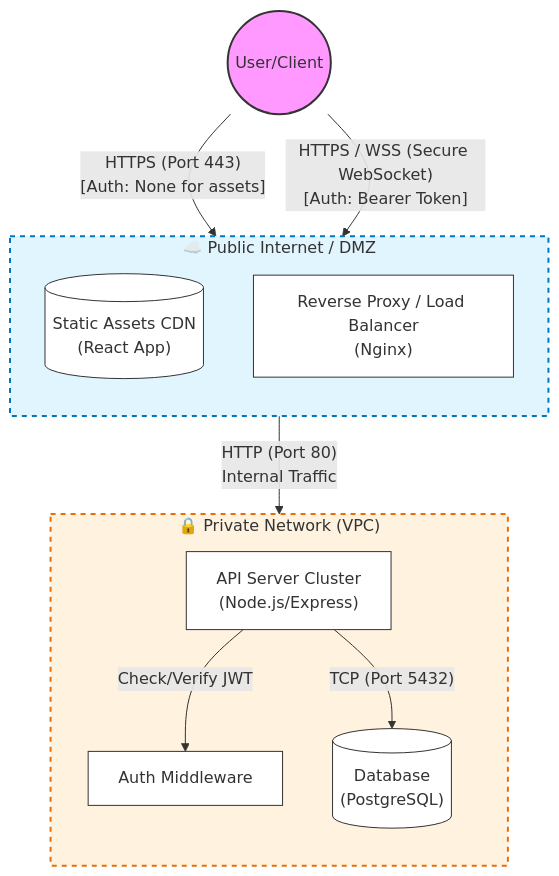
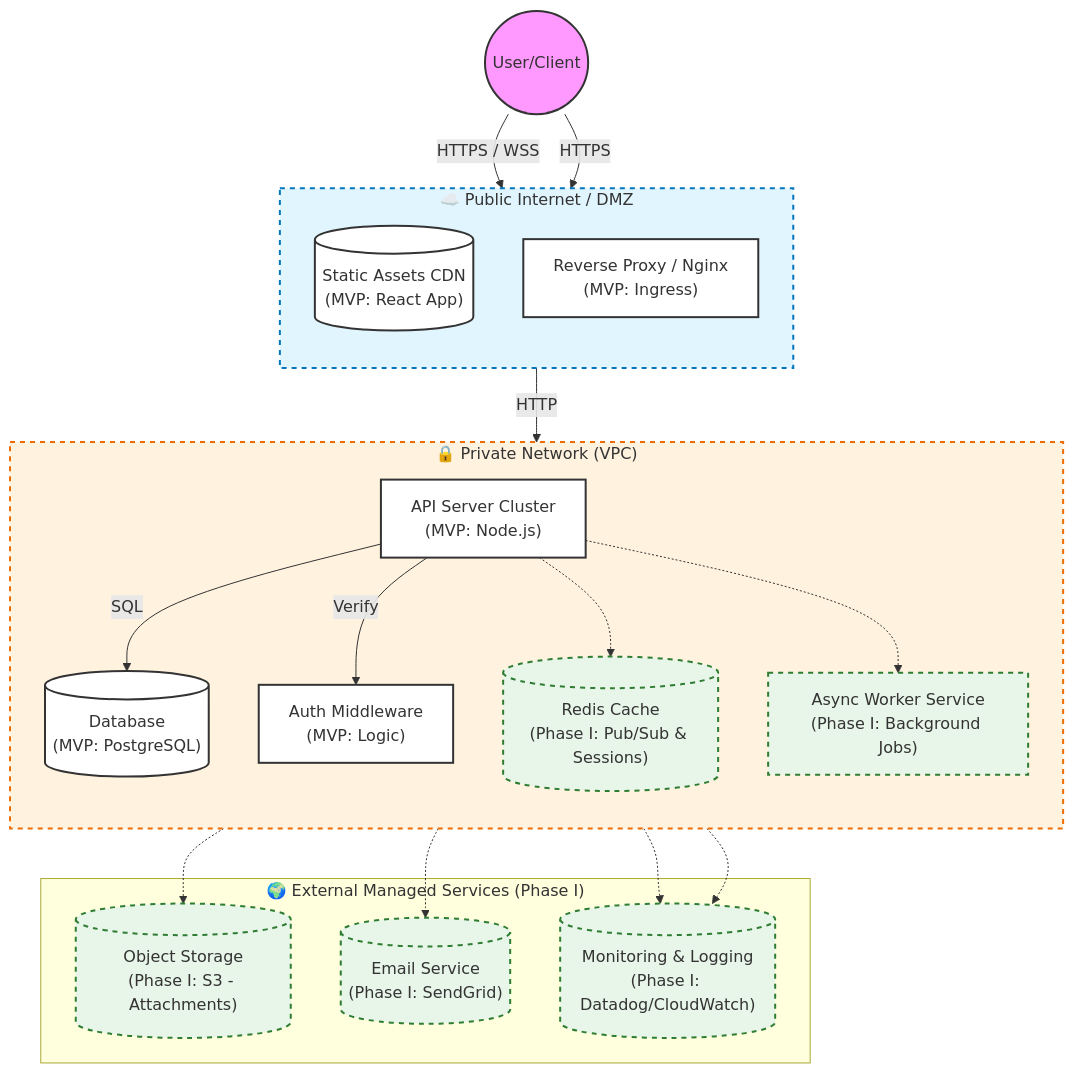
Before and after one commit to haythem33/Sync-Task: the diagram in Project-Architecture.md, drawn with Mermaid. The commit also changed other lines of this file, not shown here.

First line of the commit message:
Revise Project Architecture for Phase I release

````diff
--- a/Project-Architecture.md
+++ b/Project-Architecture.md
@@ -9,39 +15,59 @@
 ```mermaid
 graph TD
     %% Define Styles
     classDef actor fill:#f9f,stroke:#333,stroke-width:2px;
     classDef public fill:#e1f5fe,stroke:#0277bd,stroke-width:2px,stroke-dasharray: 5 5;
     classDef private fill:#fff3e0,stroke:#ef6c00,stroke-width:2px,stroke-dasharray: 5 5;
-    classDef component fill:#fff,stroke:#333,stroke-width:1px;
+    classDef mvpComponent fill:#fff,stroke:#333,stroke-width:2px;
+    classDef phase1Component fill:#e8f5e9,stroke:#2e7d32,stroke-width:2px,stroke-dasharray: 5 5;
 
     %% Actors
     User((User/Client)):::actor
 
     %% Public Zone (DMZ)
     subgraph Public_Internet ["☁️ Public Internet / DMZ"]
         direction TB
-        CDN[("Static Assets CDN<br/>(React App)")]:::component
-        LoadBalancer["Reverse Proxy / Load Balancer<br/>(Nginx)"]:::component
+        CDN[("Static Assets CDN<br/>(MVP: React App)")]:::mvpComponent
+        LoadBalancer["Reverse Proxy / Nginx<br/>(MVP: Ingress)"]:::mvpComponent
     end
 
     %% Private Zone (Internal Network)
     subgraph Private_Network ["🔒 Private Network (VPC)"]
         direction TB
-        APIServer["API Server Cluster<br/>(Node.js/Express)"]:::component
-        AuthService["Auth Middleware"]:::component
-        DB[("Database<br/>(PostgreSQL)")]:::component
+        APIServer["API Server Cluster<br/>(MVP: Node.js)"]:::mvpComponent
+        AuthService["Auth Middleware<br/>(MVP: Logic)"]:::mvpComponent
+        DB[("Database<br/>(MVP: PostgreSQL)")]:::mvpComponent
+        
+        %% PHASE I ADDITIONS (Internal)
+        Redis[("Redis Cache<br/>(Phase I: Pub/Sub & Sessions)")]:::phase1Component
+        Worker["Async Worker Service<br/>(Phase I: Background Jobs)"]:::phase1Component
+    end
+
+    %% External Services (Phase I)
+    subgraph External_Services ["🌍 External Managed Services (Phase I)"]
+        S3[("Object Storage<br/>(Phase I: S3 - Attachments)")]:::phase1Component
+        Email[("Email Service<br/>(Phase I: SendGrid)")]:::phase1Component
+        Monitor[("Monitoring & Logging<br/>(Phase I: Datadog/CloudWatch)")]:::phase1Component
     end
 
     %% Connections
-    User -- "HTTPS (Port 443)<br/>[Auth: None for assets]" --> CDN
-    User -- "HTTPS / WSS (Secure WebSocket)<br/>[Auth: Bearer Token]" --> LoadBalancer
+    User -- HTTPS / WSS --> LoadBalancer
+    User -- HTTPS --> CDN
     
-    LoadBalancer -- "HTTP (Port 80)<br/>Internal Traffic" --> APIServer
+    LoadBalancer -- HTTP --> APIServer
     
-    APIServer -- "Check/Verify JWT" --> AuthService
-    APIServer -- "TCP (Port 5432)" --> DB
+    APIServer -- SQL --> DB
+    APIServer -- Verify --> AuthService
+    
+    %% Phase 1 Connections
+    APIServer -.-> Redis
+    APIServer -.-> Worker
+    Worker -.-> Email
+    APIServer -.-> S3
+    APIServer -.-> Monitor
+    DB -.-> Monitor
 
     %% Apply Subgraph Styles
     class Public_Internet public
     class Private_Network private
 ```
````
